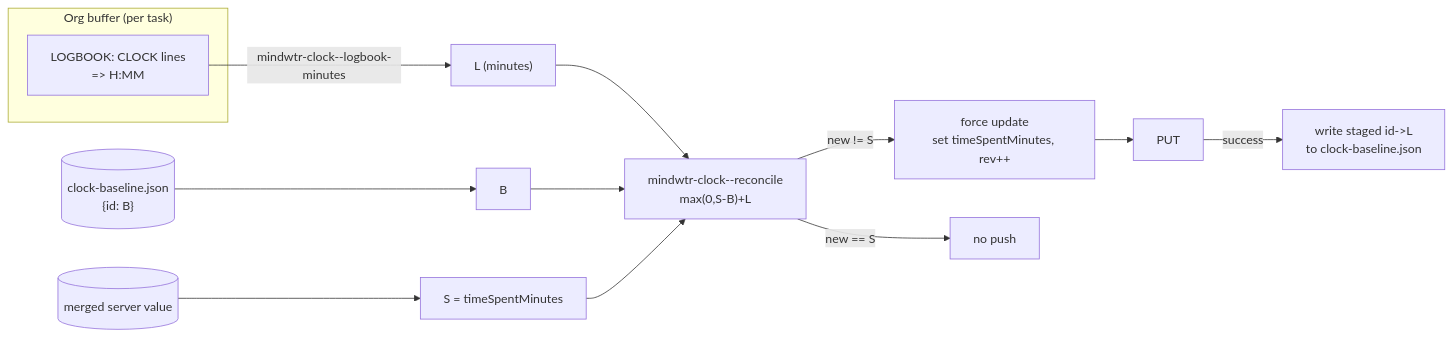
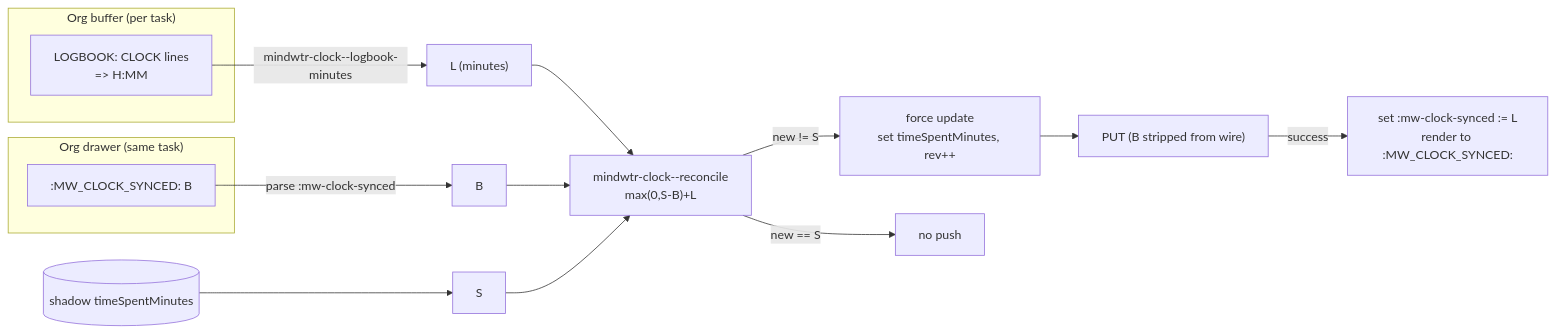
The diagram in docs/brainstorms/2026-07-19-clock-time-rollup-design.md (srijan/mindwtr-emacs), drawn with Mermaid before and after one commit. The commit also changed other lines of this file, not shown here.

First line of the commit message:
docs(clock): store reconciliation baseline in :MW_CLOCK_SYNCED: drawer

````diff
--- a/docs/brainstorms/2026-07-19-clock-time-rollup-design.md
+++ b/docs/brainstorms/2026-07-19-clock-time-rollup-design.md
@@ -133,14 +172,17 @@
 ```mermaid
 flowchart LR
   subgraph buffer["Org buffer (per task)"]
     LB["LOGBOOK: CLOCK lines\n=> H:MM"]
   end
+  subgraph buffer2["Org drawer (same task)"]
+    DRW[":MW_CLOCK_SYNCED: B"]
+  end
   LB -->|mindwtr-clock--logbook-minutes| L["L (minutes)"]
-  SIDE[("clock-baseline.json\n{id: B}")] --> B["B"]
-  SRV[("merged server value")] --> S["S = timeSpentMinutes"]
+  DRW -->|parse :mw-clock-synced| B["B"]
+  SRV[("shadow timeSpentMinutes")] --> S["S"]
   L & B & S --> RC["mindwtr-clock--reconcile\nmax(0,S-B)+L"]
   RC -->|new != S| UPD["force update\nset timeSpentMinutes, rev++"]
   RC -->|new == S| ECHO["no push"]
-  UPD --> PUT["PUT"]
-  PUT -->|success| STAGE["write staged id->L\nto clock-baseline.json"]
+  UPD --> PUT["PUT (B stripped from wire)"]
+  PUT -->|success| STAGE["set :mw-clock-synced := L\nrender to :MW_CLOCK_SYNCED:"]
 ```
````
